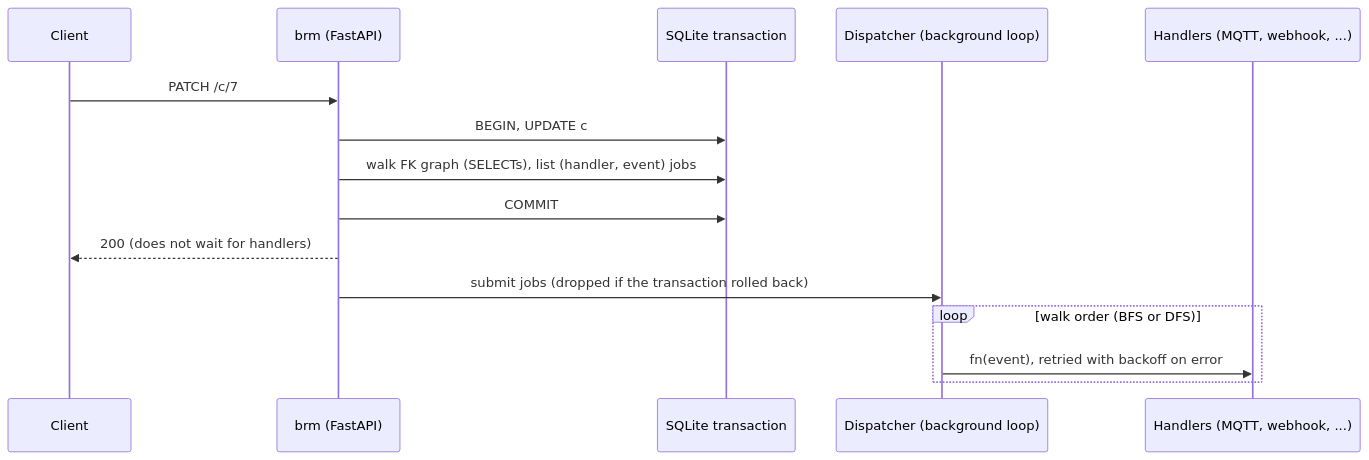
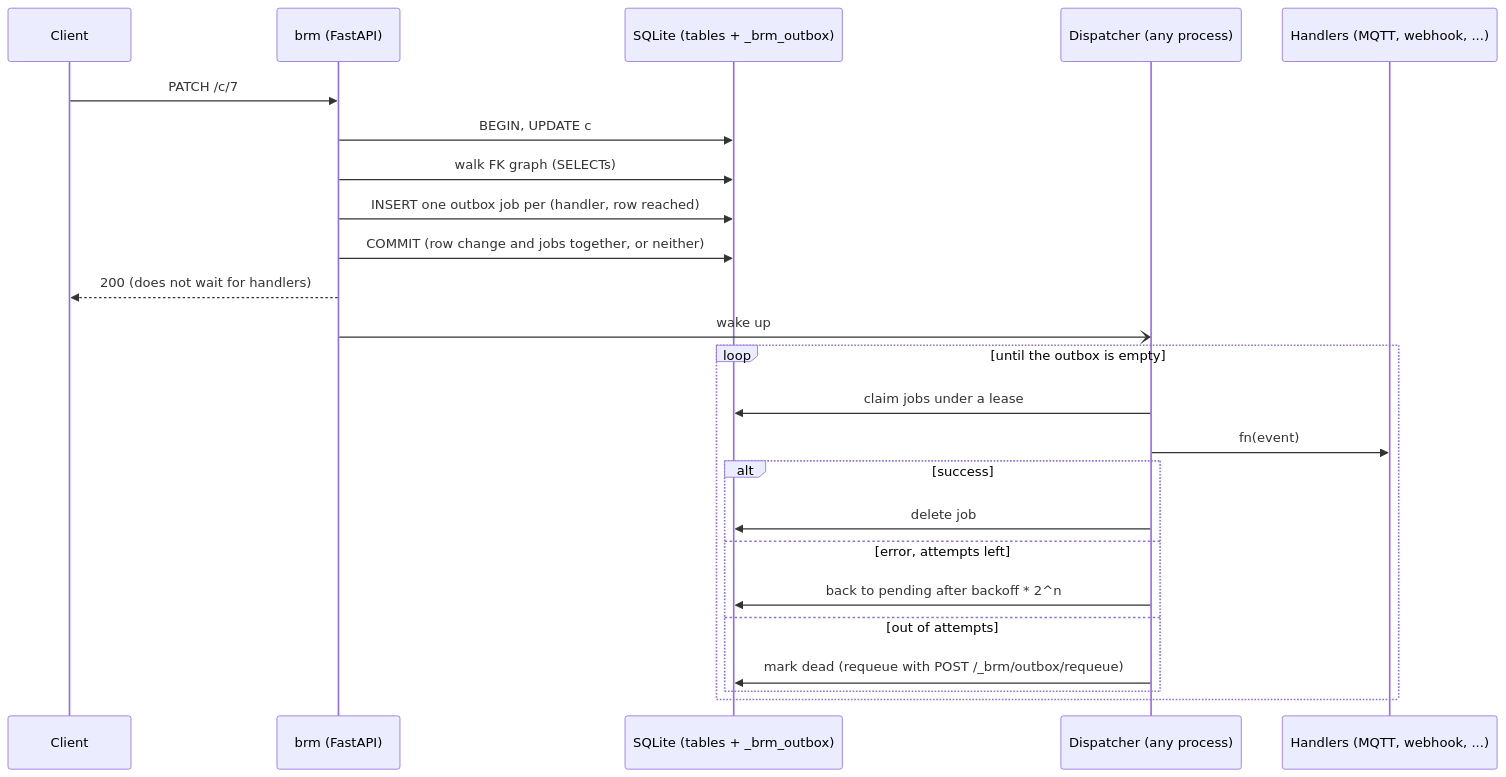
One commit to buusystems/brm changed the third of 3 diagrams in README.md. Above: the diagram before and after it, drawn with Mermaid. The commit also changed other lines of this file and 10 other files, not shown here.

First line of the commit message:
Durable outbox: handler jobs commit with the change, at-least-once delivery

````diff
--- a/README.md
+++ b/README.md
@@ -110,17 +110,26 @@
 ```mermaid
 sequenceDiagram
     participant Client
     participant API as brm (FastAPI)
-    participant DB as SQLite transaction
-    participant Q as Dispatcher (background loop)
+    participant DB as SQLite (tables + _brm_outbox)
+    participant Q as Dispatcher (any process)
     participant H as Handlers (MQTT, webhook, ...)
     Client->>API: PATCH /c/7
     API->>DB: BEGIN, UPDATE c
-    API->>DB: walk FK graph (SELECTs), list (handler, event) jobs
-    API->>DB: COMMIT
+    API->>DB: walk FK graph (SELECTs)
+    API->>DB: INSERT one outbox job per (handler, row reached)
+    API->>DB: COMMIT (row change and jobs together, or neither)
     API-->>Client: 200 (does not wait for handlers)
-    API->>Q: submit jobs (dropped if the transaction rolled back)
-    loop walk order (BFS or DFS)
-        Q->>H: fn(event), retried with backoff on error
+    API-)Q: wake up
+    loop until the outbox is empty
+        Q->>DB: claim jobs under a lease
+        Q->>H: fn(event)
+        alt success
+            Q->>DB: delete job
+        else error, attempts left
+            Q->>DB: back to pending after backoff * 2^n
+        else out of attempts
+            Q->>DB: mark dead (requeue with POST /_brm/outbox/requeue)
+        end
     end
 ```
````
